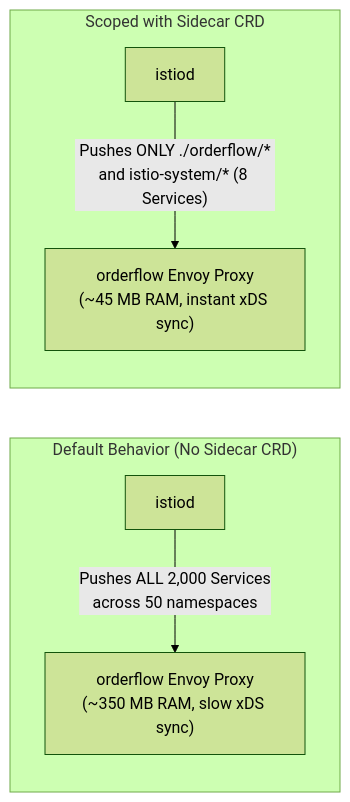
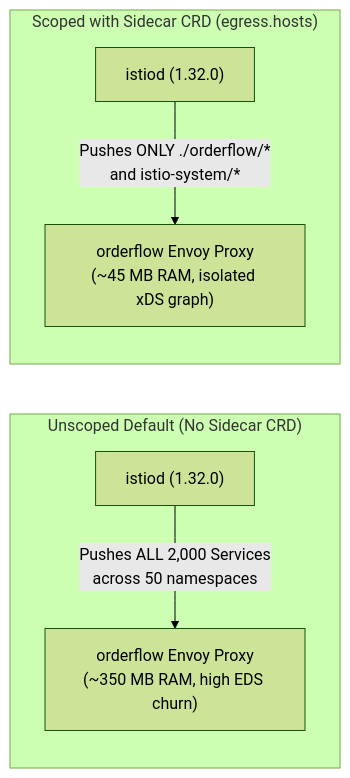
The second of 2 diagrams in 02-service-discovery-and-routing/README.md (chan3845/Istio), drawn with Mermaid (forest theme) before and after one commit. The commit also changed other lines of this file and 56 other files, not shown here.

````diff
--- a/02-service-discovery-and-routing/README.md
+++ b/02-service-discovery-and-routing/README.md
@@ -227,10 +98,10 @@
 ```mermaid
 flowchart LR
-    subgraph WithoutSidecar["Default Behavior (No Sidecar CRD)"]
-        Istiod1["istiod"] -->|"Pushes ALL 2,000 Services<br/>across 50 namespaces"| Envoy1["orderflow Envoy Proxy<br/>(~350 MB RAM, slow xDS sync)"]
+    subgraph DefaultMesh["Unscoped Default (No Sidecar CRD)"]
+        IstiodA["istiod (1.32.0)"] -->|"Pushes ALL 2,000 Services<br/>across 50 namespaces"| EnvoyA["orderflow Envoy Proxy<br/>(~350 MB RAM, high EDS churn)"]
     end
 
-    subgraph WithSidecar["Scoped with Sidecar CRD"]
-        Istiod2["istiod"] -->|"Pushes ONLY ./orderflow/*<br/>and istio-system/* (8 Services)"| Envoy2["orderflow Envoy Proxy<br/>(~45 MB RAM, instant xDS sync)"]
+    subgraph ScopedMesh["Scoped with Sidecar CRD (egress.hosts)"]
+        IstiodB["istiod (1.32.0)"] -->|"Pushes ONLY ./orderflow/*<br/>and istio-system/*"| EnvoyB["orderflow Envoy Proxy<br/>(~45 MB RAM, isolated xDS graph)"]
     end
 ```
````
